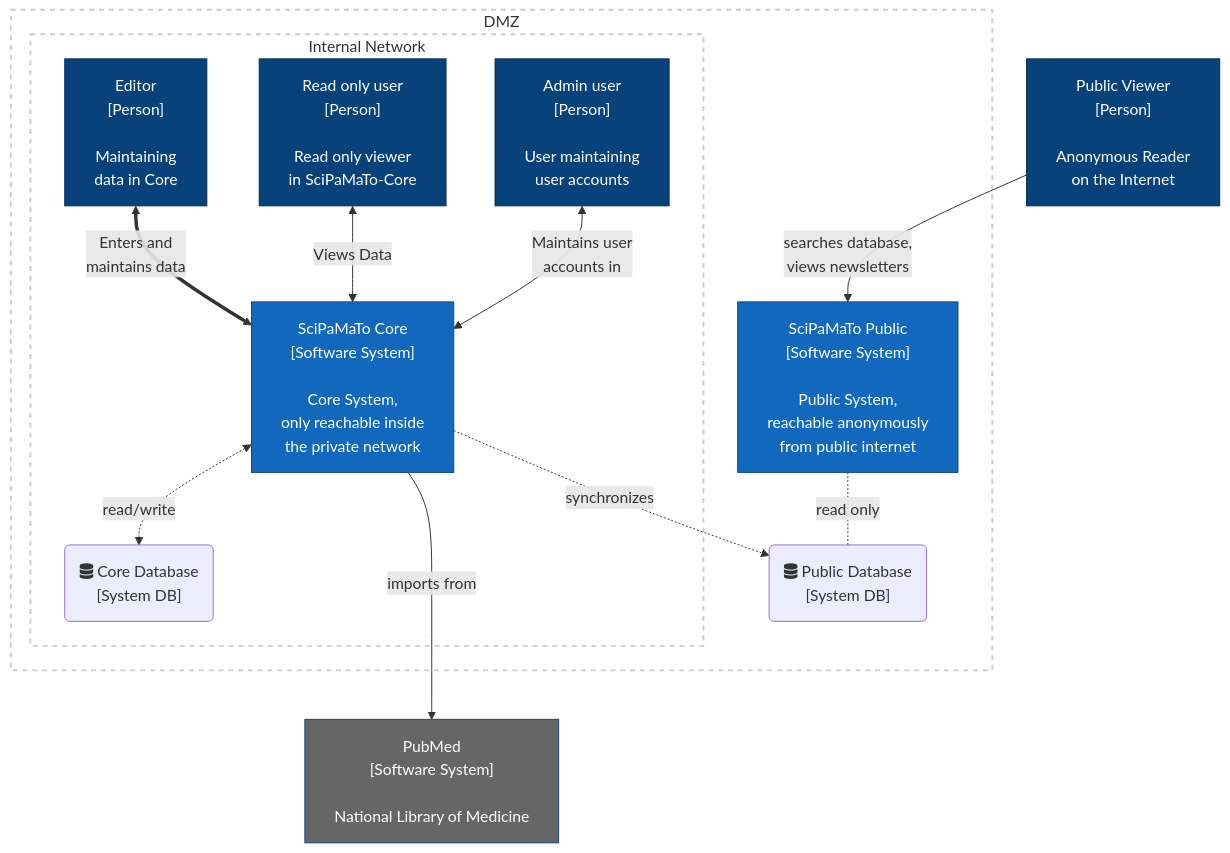
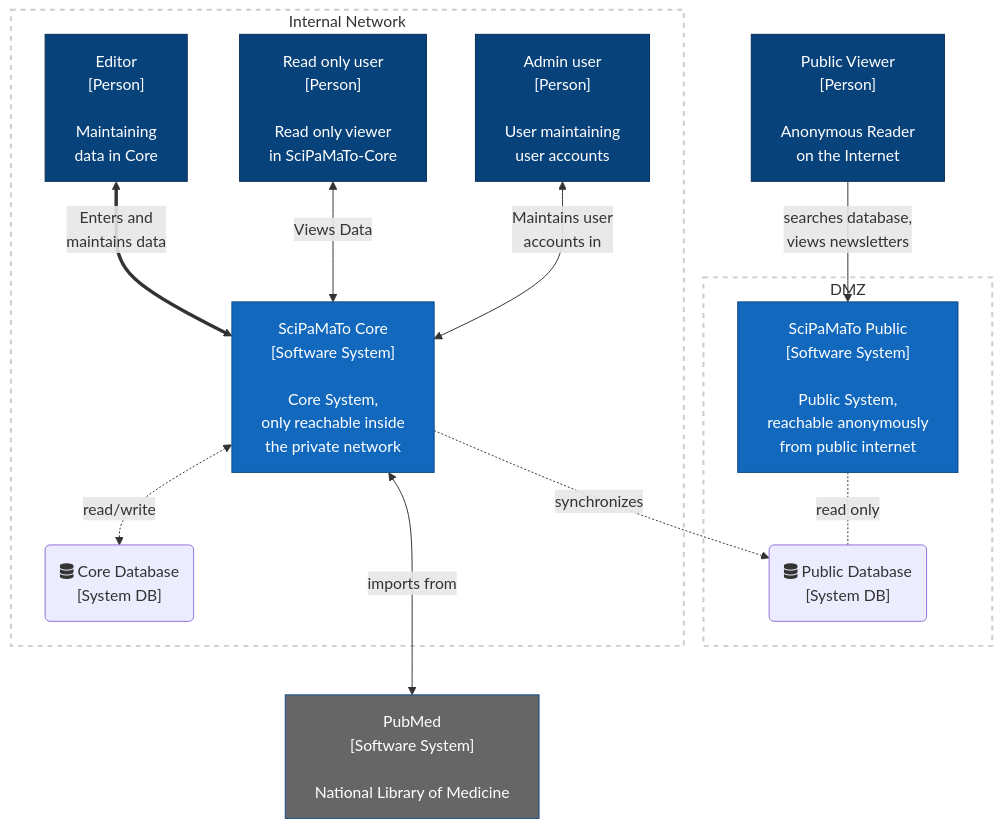
One commit to ursjoss/scipamato changed the first of 3 diagrams in README.adoc. Above: the diagram before and after it, drawn with Mermaid. The commit also changed other lines of this file, not shown here.

Commit message:
C4-Diagrams: Move internal  network out of dmz

````diff
--- a/README.adoc
+++ b/README.adoc
@@ -24,37 +24,37 @@
 ```mermaid
 flowchart TD
   PM["PubMed<br/>[Software System]<br/><br/>National Library of Medicine"]
   click PM href "https://pubmed.ncbi.nlm.nih.gov" _blank
   PublicViewer["Public Viewer<br/>[Person]<br/><br/>Anonymous Reader<br/>on the Internet"]
   subgraph dmz[DMZ]
     SP["SciPaMaTo Public<br/>[Software System]<br/><br/>Public System,<br/>reachable anonymously<br/>from public internet"]
     click SP href "https://www.swisstph.ch/en/projects/ludok/datenbanksuche" _blank
     SPDB("fas:fa-database Public Database<br/>[System DB]")
-    subgraph internal[Internal Network]
-      Editor["Editor<br/>[Person]<br/><br/>Maintaining<br/>data in Core"]
-      Viewer["Read only user<br/>[Person]<br/><br/>Read only viewer<br/>in SciPaMaTo-Core"]
-      Admin["Admin user<br/>[Person]<br/><br/>User maintaining<br/>user accounts"]
-      SC["SciPaMaTo Core<br/>[Software System]<br/><br/>Core System,<br/>only reachable inside<br/>the private network"]
-      SCDB("fas:fa-database Core Database<br/>[System DB]")
-    end
+  end
+  subgraph internal[Internal Network]
+    Editor["Editor<br/>[Person]<br/><br/>Maintaining<br/>data in Core"]
+    Viewer["Read only user<br/>[Person]<br/><br/>Read only viewer<br/>in SciPaMaTo-Core"]
+    Admin["Admin user<br/>[Person]<br/><br/>User maintaining<br/>user accounts"]
+    SC["SciPaMaTo Core<br/>[Software System]<br/><br/>Core System,<br/>only reachable inside<br/>the private network"]
+    SCDB("fas:fa-database Core Database<br/>[System DB]")
   end
   Editor<==>|"Enters and<br/>maintains data"|SC
   Viewer<-->|"Views Data"|SC
   Admin<-->|"Maintains user<br/>accounts in"|SC
-  SC--->|"imports from"|PM
+  SC<--->|"imports from"|PM
   SC<-.->|"read/write"|SCDB
   SC-.->|"synchronizes"|SPDB
   SP-.-|"read only"|SPDB
 
   PublicViewer-->|"searches database,<br/>views newsletters"|SP
 
   classDef focusSystem fill:#1168bd,stroke:#0b4884,color:#ffffff
   classDef supportingSystem fill:#666,stroke:#0b4884,color:#ffffff
   classDef person fill:#08427b,stroke:#052e56,color:#ffffff
   classDef boundary fill:none,stroke:#CCC,stroke-width:2px,stroke-dasharray: 5 5
 
   class Editor,Viewer,Admin,PublicViewer person
   class SC,SP focusSystem
   class PM supportingSystem
   class dmz,internal boundary
 ```
````
